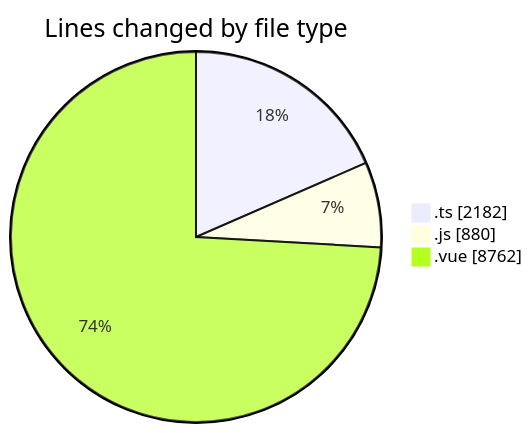
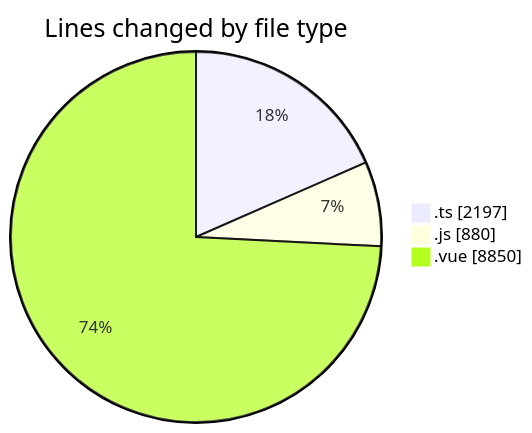
The first of 2 diagrams in 2025-08-16/rentotp/README.md (lephambinh05/code-tracking), drawn with Mermaid before and after one commit. The commit also changed other lines of this file and 1 other file, not shown here.

````diff
--- a/2025-08-16/rentotp/README.md
+++ b/2025-08-16/rentotp/README.md
@@ -53,7 +53,7 @@
 ```mermaid
 pie showData
 title Lines changed by file type
-".ts" : 2182
+".ts" : 2197
 ".js" : 880
-".vue" : 8762
+".vue" : 8850
 ```
````
